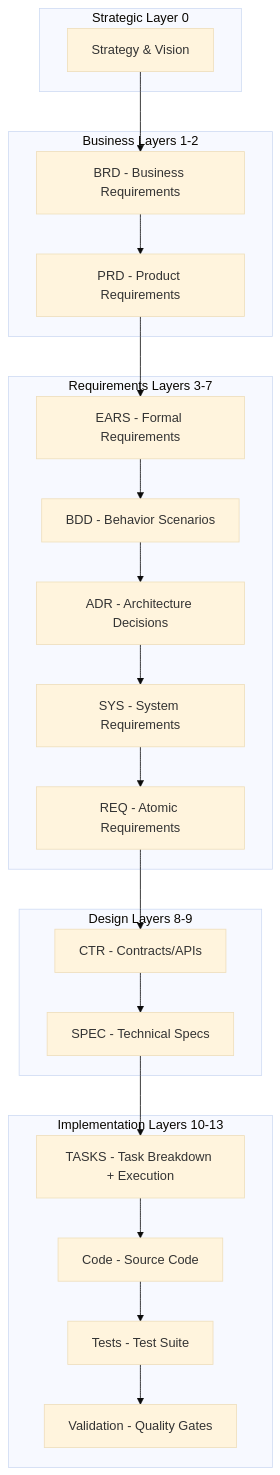
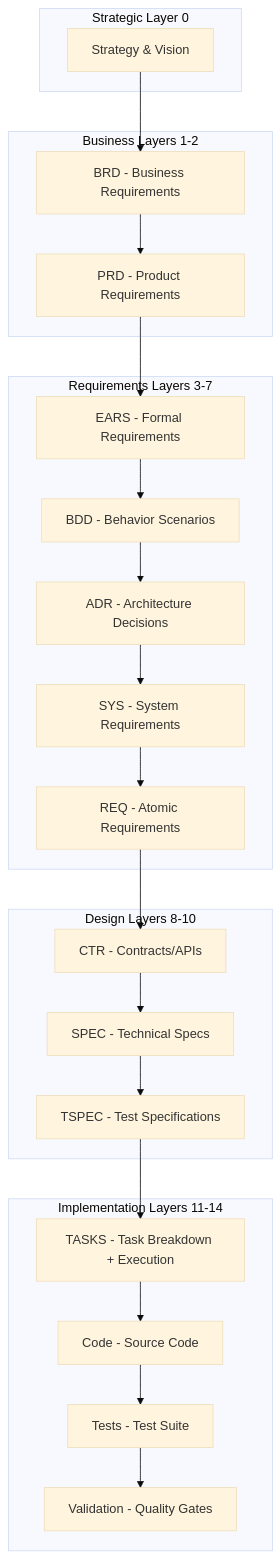
One commit to vladm3105/aidoc-flow-framework changed the third of 6 diagrams in ai_dev_flow/README.md. Above: the diagram before and after it, drawn with Mermaid (base theme). The commit also changed other lines of this file and 65 other files, not shown here.

````diff
--- a/ai_dev_flow/README.md
+++ b/ai_dev_flow/README.md
@@ -420,30 +422,31 @@
 ```mermaid
 graph TB
     subgraph "Strategic Layer 0"
         L0[Strategy & Vision]
     end
     subgraph "Business Layers 1-2"
         L1[BRD - Business Requirements]
         L2[PRD - Product Requirements]
     end
     subgraph "Requirements Layers 3-7"
         L3[EARS - Formal Requirements]
         L4[BDD - Behavior Scenarios]
         L5[ADR - Architecture Decisions]
         L6[SYS - System Requirements]
         L7[REQ - Atomic Requirements]
     end
-    subgraph "Design Layers 8-9"
+    subgraph "Design Layers 8-10"
         L8[CTR - Contracts/APIs]
         L9[SPEC - Technical Specs]
+        L10[TSPEC - Test Specifications]
     end
-    subgraph "Implementation Layers 10-13"
-        L10[TASKS - Task Breakdown + Execution]
-        L11[Code - Source Code]
-        L12[Tests - Test Suite]
-        L13[Validation - Quality Gates]
+    subgraph "Implementation Layers 11-14"
+        L11[TASKS - Task Breakdown + Execution]
+        L12[Code - Source Code]
+        L13[Tests - Test Suite]
+        L14[Validation - Quality Gates]
     end
 
     L0 --> L1 --> L2 --> L3 --> L4 --> L5 --> L6 --> L7
-    L7 --> L8 --> L9 --> L10 --> L11 --> L12 --> L13
+    L7 --> L8 --> L9 --> L10 --> L11 --> L12 --> L13 --> L14
 ```
````
